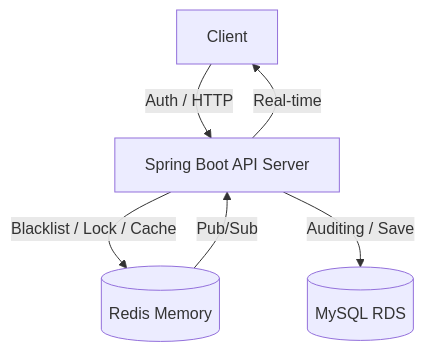
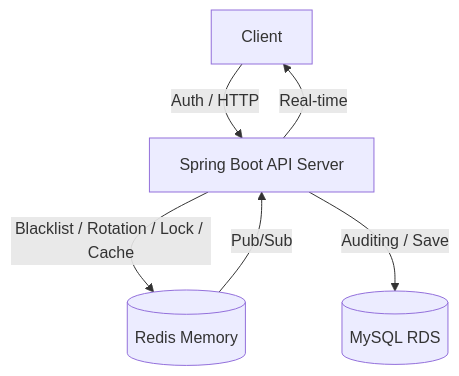
The diagram in README.md (helloyoogs/tarot-insight-backend), drawn with Mermaid before and after one commit. The commit also changed other lines of this file and 6 other files, not shown here.

````diff
--- a/README.md
+++ b/README.md
@@ -33,8 +34,8 @@
 ```mermaid
 graph TD
     Client[Client] -->|Auth / HTTP| Server[Spring Boot API Server]
-    Server -->|Blacklist / Lock / Cache| Redis[(Redis Memory)]
+    Server -->|Blacklist / Rotation / Lock / Cache| Redis[(Redis Memory)]
     Server -->|Auditing / Save| MySQL[(MySQL RDS)]
     Redis -->|Pub/Sub| Server
     Server -->|Real-time| Client
 ```
````
